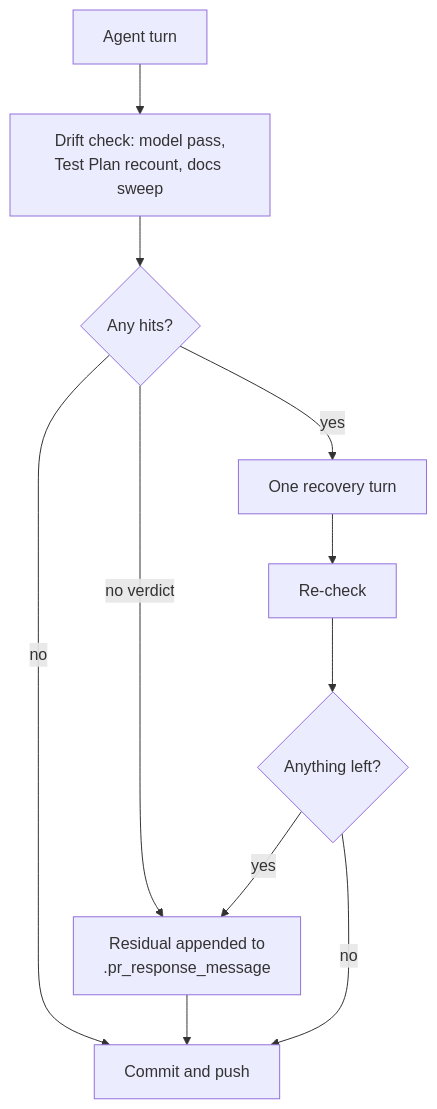
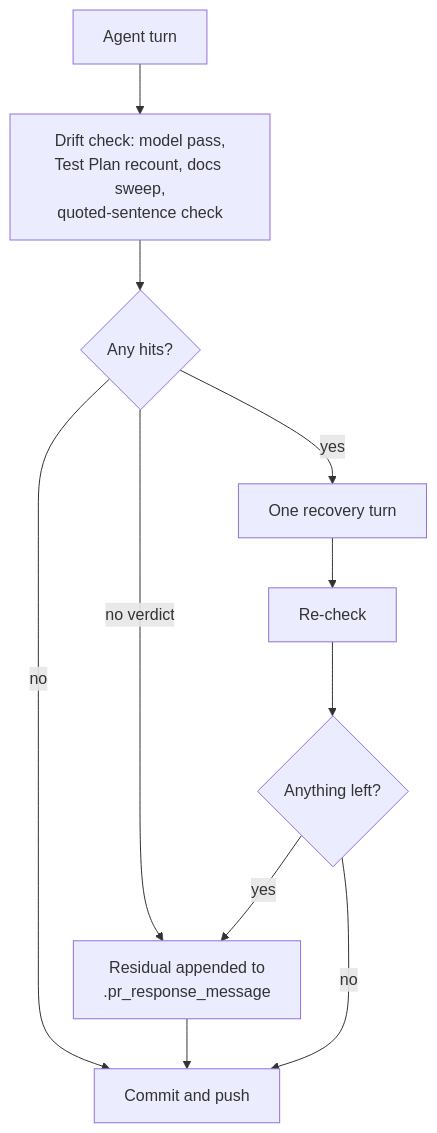
Before and after one commit to stSoftwareAU/VibeCoder: the third of 9 diagrams in docs/workflows/pr-feedback.md, drawn with Mermaid. The commit also changed other lines of this file and 3 other files, not shown here.

````diff
--- a/docs/workflows/pr-feedback.md
+++ b/docs/workflows/pr-feedback.md
@@ -304,13 +330,13 @@
 ```mermaid
 flowchart TD
-    A["Agent turn"] --> D["Drift check: model pass,<br/>Test Plan recount, docs sweep"]
+    A["Agent turn"] --> D["Drift check: model pass,<br/>Test Plan recount, docs sweep,<br/>quoted-sentence check"]
     D --> H{"Any hits?"}
     H -- no --> P["Commit and push"]
     H -- "no verdict" --> N["Residual appended to<br/>.pr_response_message"]
     H -- yes --> R["One recovery turn"]
     R --> C["Re-check"]
     C --> L{"Anything left?"}
     L -- yes --> N
     L -- no --> P
     N --> P
 ```
````
